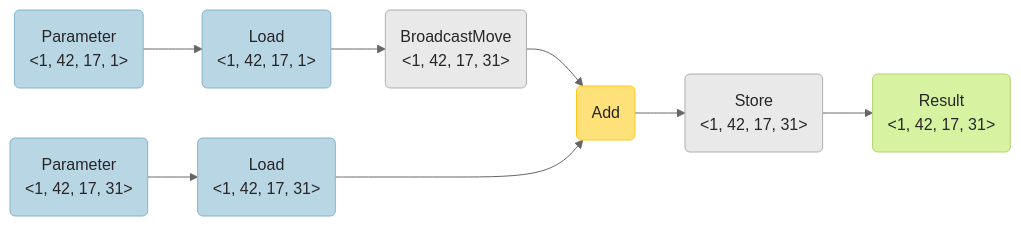
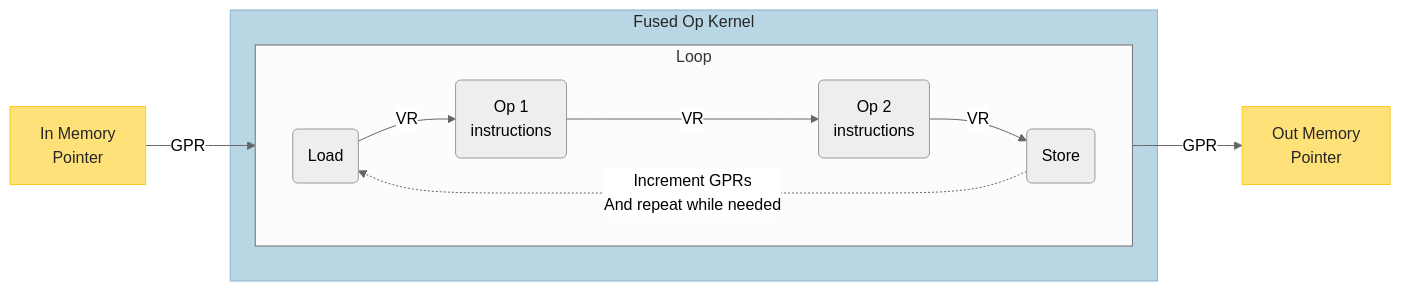
One commit to openvinotoolkit/openvino changed the fifth of 12 diagrams in src/common/snippets/docs/snippets_design_guide.md. Above: the diagram before and after it, drawn with Mermaid (neutral theme). The commit also changed other lines of this file and 1 other file, not shown here.

````diff
--- a/src/common/snippets/docs/snippets_design_guide.md
+++ b/src/common/snippets/docs/snippets_design_guide.md
@@ -151,18 +120,26 @@
 ```mermaid
-flowchart LR
-    nodeA1("Parameter\n<1, 42, 17, 1>") --> nodeA6("Load\n<1, 42, 17, 1>")
-    nodeA6("Load\n<1, 42, 17, 1>") --> nodeA9("BroadcastMove\n<1, 42, 17, 31>")
-    nodeA9("BroadcastMove\n<1, 42, 17, 31>") --> nodeA2(Add)
-    nodeA3("Parameter\n<1, 42, 17, 31>") --> nodeA7("Load\n<1, 42, 17, 31>")
-    nodeA7("Load\n<1, 42, 17, 31>") ---> nodeA2(Add)
-    nodeA2(Add) --> nodeA8("Store\n<1, 42, 17, 31>")
-    nodeA8("Store\n<1, 42, 17, 31>") --> nodeA5("Result\n<1, 42, 17, 31>")
-classDef carbon1 fill:#E9E9E9, stroke: #AEAEAE, color: #262626
-classDef moss1 fill:#D7F3A2, stroke: #B1D272, color: #262626
+ graph LR
+    InputMemory[In Memory\n Pointer]
+    OutputMemory[Out Memory\n Pointer]
+    subgraph OpKernel [Fused Op Kernel]
+        subgraph Loop [Loop]
+            direction LR
+            Load(Load)
+            op1(Op 1 \n instructions)
+            op2(Op 2 \n instructions)
+            Store(Store)
+            Load --> |VR| op1
+            op1 --> |VR| op2
+            op2 -->|VR| Store
+            Store -.->|Increment GPRs\n And repeat while needed| Load
+        end
+    end
+   InputMemory -- GPR --> Load
+   Store -- GPR --> OutputMemory
+   
+classDef no-bg-color fill:none,stroke-width:0px
 classDef steel1 fill:#B9D6E5, stroke: #86B3CA, color: #262626
 classDef daisy1 fill:#FFE17A, stroke: #FEC91B, color: #262626
-class nodeA2 daisy1
-class nodeA5 moss1
-class nodeA8,nodeA9 carbon1
-class nodeA1,nodeA3,nodeA6,nodeA7 steel1
+class OpKernel steel1
+class InputMemory,OutputMemory daisy1
 ```
````
